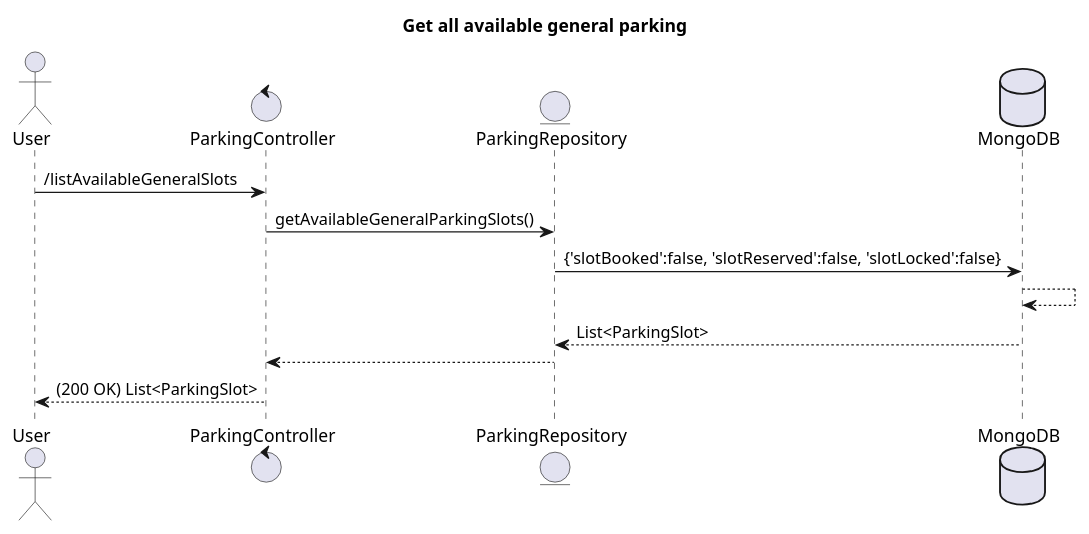
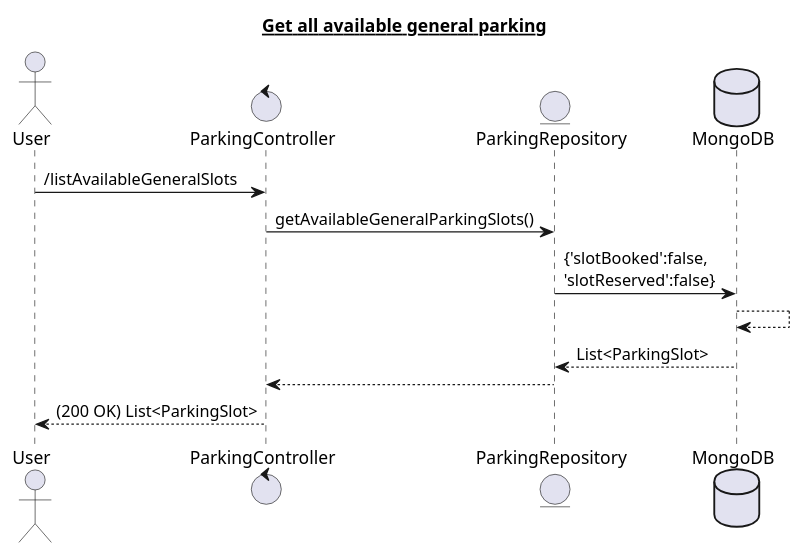
Before and after one commit to Akash-k-hub/ParkingLot: the diagram in flows/parking/getAvailableGeneralParkingSlots.puml, drawn with PlantUML. The commit also changed 19 other files, not shown here.

Commit message:
removing slotLocked

```diff
--- a/flows/parking/getAvailableGeneralParkingSlots.puml
+++ b/flows/parking/getAvailableGeneralParkingSlots.puml
@@ -1,17 +1,17 @@
 @startuml
-title "Get all available general parking"
+title <U> Get all available general parking
 
 actor User
 control "ParkingController" as Controller
 entity ParkingRepository as Dao
 database MongoDB as DB
 
 User -> Controller : /listAvailableGeneralSlots
 Controller -> Dao : getAvailableGeneralParkingSlots()
-Dao -> DB : {'slotBooked':false, 'slotReserved':false, 'slotLocked':false}
+Dao -> DB : {'slotBooked':false,\n'slotReserved':false}
 DB --> DB
 DB --> Dao : List<ParkingSlot>
 Dao --> Controller
 Controller --> User : (200 OK) List<ParkingSlot>
 
 @enduml
```
